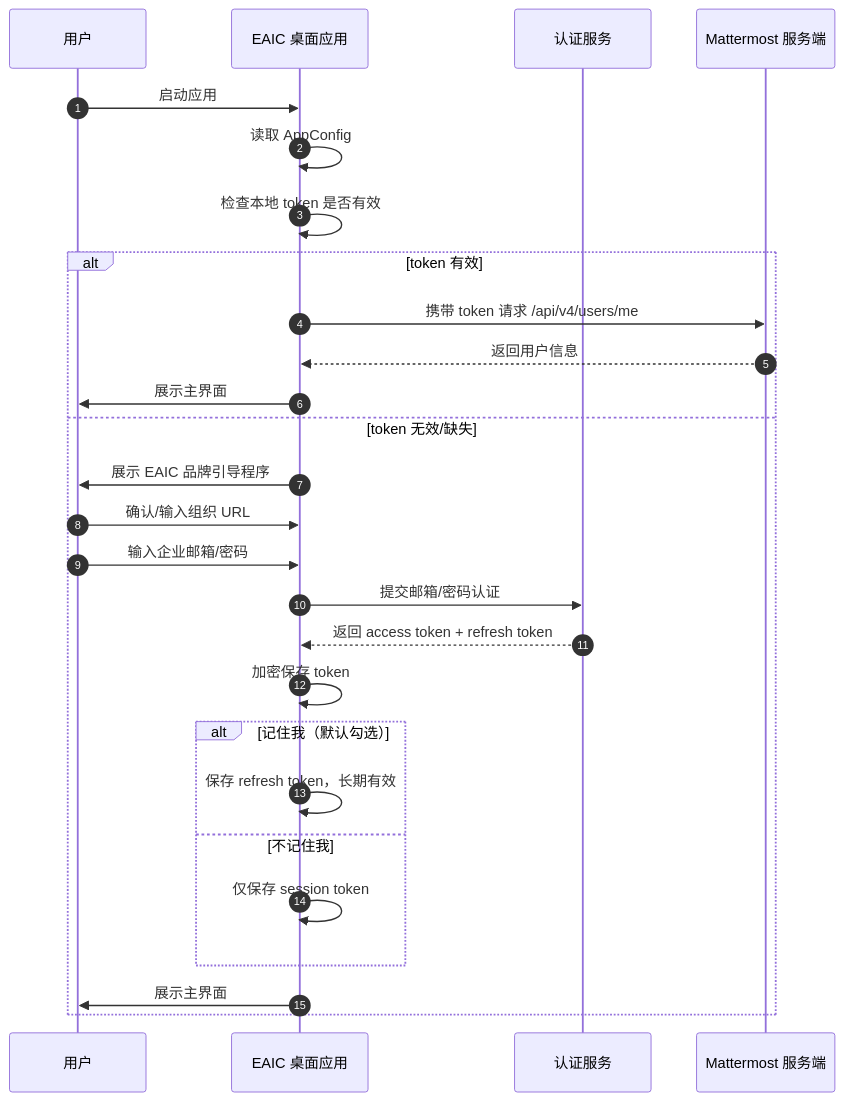
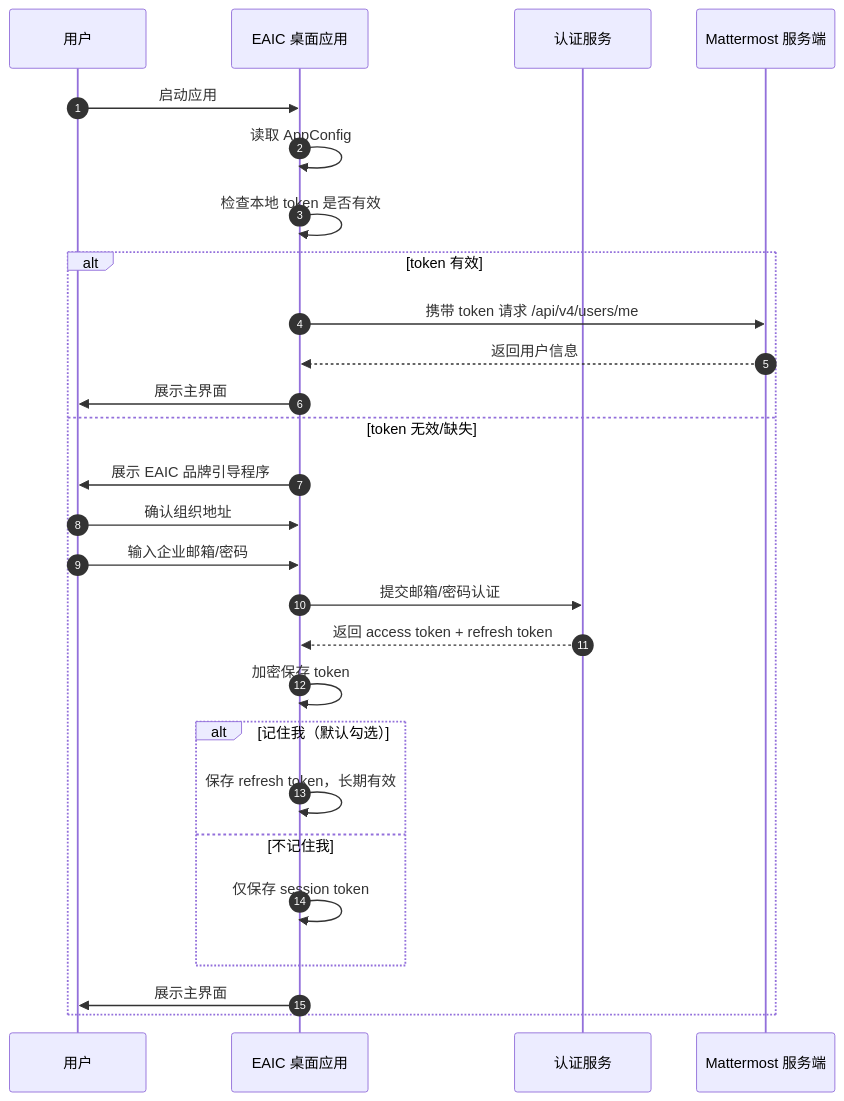
The second of 3 diagrams in issue-11/designs/flows.md (sushanglewis/WeLink), drawn with Mermaid before and after one commit. The commit also changed other lines of this file and 18 other files, not shown here.

````diff
--- a/issue-11/designs/flows.md
+++ b/issue-11/designs/flows.md
@@ -31,30 +31,30 @@
 ```mermaid
 sequenceDiagram
     autonumber
     participant U as 用户
     participant App as EAIC 桌面应用
     participant Auth as 认证服务
     participant MM as Mattermost 服务端
 
     U->>App: 启动应用
     App->>App: 读取 AppConfig
     App->>App: 检查本地 token 是否有效
     alt token 有效
         App->>MM: 携带 token 请求 /api/v4/users/me
         MM-->>App: 返回用户信息
         App->>U: 展示主界面
     else token 无效/缺失
         App->>U: 展示 EAIC 品牌引导程序
-        U->>App: 确认/输入组织 URL
+        U->>App: 确认组织地址
         U->>App: 输入企业邮箱/密码
         App->>Auth: 提交邮箱/密码认证
         Auth-->>App: 返回 access token + refresh token
         App->>App: 加密保存 token
         alt 记住我（默认勾选）
             App->>App: 保存 refresh token，长期有效
         else 不记住我
             App->>App: 仅保存 session token
         end
         App->>U: 展示主界面
     end
 ```
````
